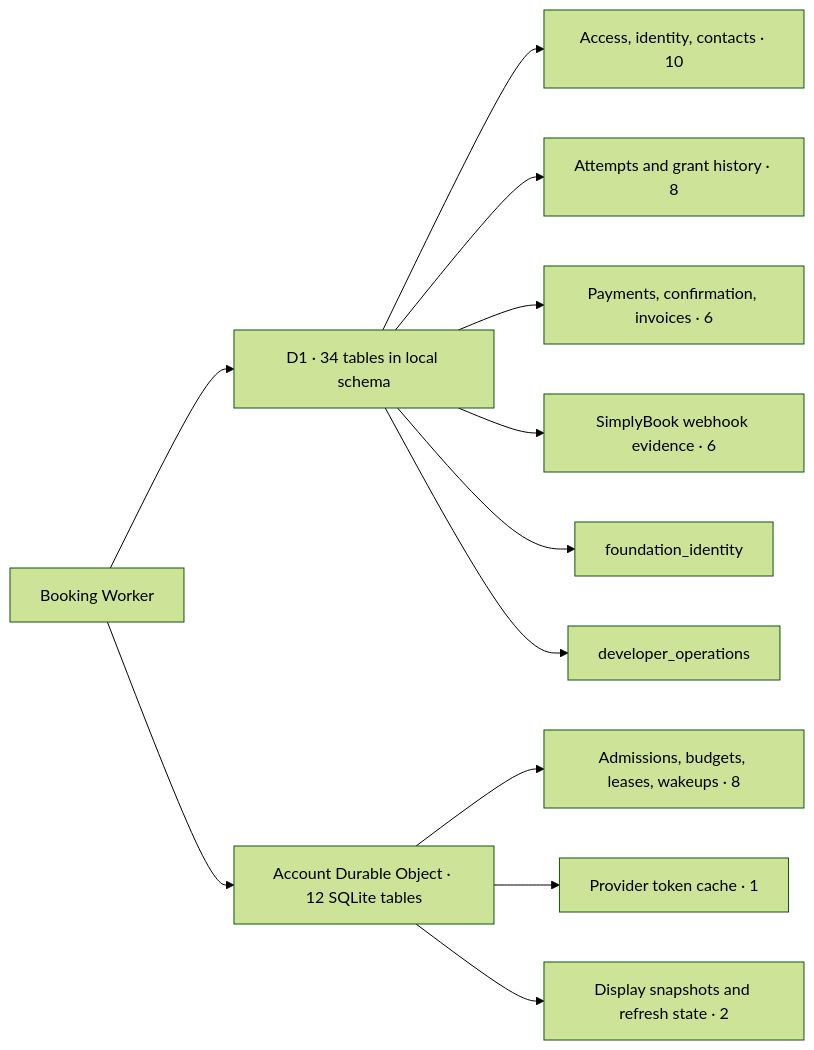
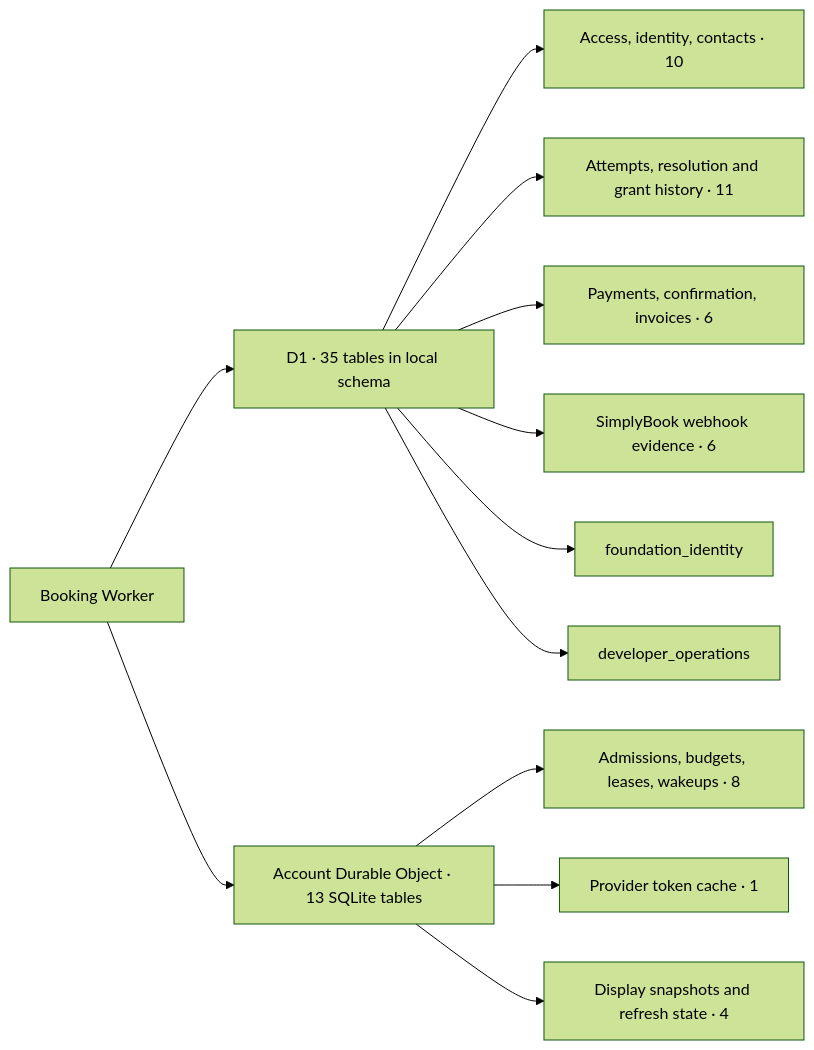
Before and after one commit to soccerbotstudiosg/soccerbotstudioSG: the first of 8 diagrams in docs/architecture/database-schema.md, drawn with Mermaid (forest theme). The commit also changed other lines of this file and 63 other files, not shown here.

````diff
--- a/docs/architecture/database-schema.md
+++ b/docs/architecture/database-schema.md
@@ -14,14 +15,14 @@
 ```mermaid
 flowchart LR
-  Worker["Booking Worker"] --> D1["D1 · 34 tables in local schema"]
-  Worker --> DO["Account Durable Object · 12 SQLite tables"]
+  Worker["Booking Worker"] --> D1["D1 · 35 tables in local schema"]
+  Worker --> DO["Account Durable Object · 13 SQLite tables"]
   D1 --> Identity["Access, identity, contacts · 10"]
-  D1 --> Booking["Attempts and grant history · 8"]
+  D1 --> Booking["Attempts, resolution and grant history · 11"]
   D1 --> Payment["Payments, confirmation, invoices · 6"]
   D1 --> Webhook["SimplyBook webhook evidence · 6"]
   D1 --> foundation_identity["foundation_identity"]
   D1 --> developer_operations["developer_operations"]
   DO --> Coordination["Admissions, budgets, leases, wakeups · 8"]
   DO --> Tokens["Provider token cache · 1"]
-  DO --> Display["Display snapshots and refresh state · 2"]
+  DO --> Display["Display snapshots and refresh state · 4"]
 ```
````
